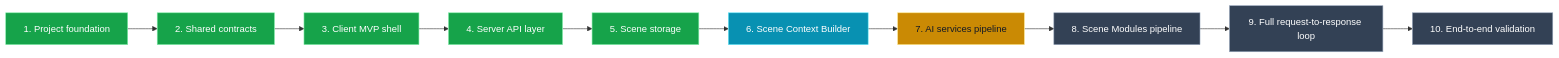
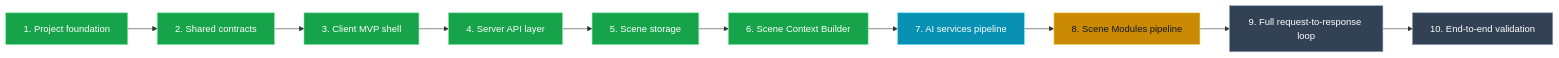
Before and after one commit to AgentDan/AIproject: the second of 2 diagrams in readme.md, drawn with Mermaid. The commit also changed other lines of this file and 9 other files, not shown here.

````diff
--- a/readme.md
+++ b/readme.md
@@ -442,28 +466,28 @@
 ```mermaid
 flowchart LR
   S1["1. Project foundation"] --> S2["2. Shared contracts"]
   S2 --> S3["3. Client MVP shell"]
   S3 --> S4["4. Server API layer"]
   S4 --> S5["5. Scene storage"]
   S5 --> S6["6. Scene Context Builder"]
   S6 --> S7["7. AI services pipeline"]
   S7 --> S8["8. Scene Modules pipeline"]
   S8 --> S9["9. Full request-to-response loop"]
   S9 --> S10["10. End-to-end validation"]
 
   S1:::done
   S2:::done
   S3:::done
   S4:::done
   S5:::done
-  S6:::current
-  S7:::next
-  S8:::pending
+  S6:::done
+  S7:::current
+  S8:::next
   S9:::pending
   S10:::pending
 
   classDef done fill:#16a34a,stroke:#86efac,color:#ffffff
   classDef current fill:#0891b2,stroke:#67e8f9,color:#ffffff
   classDef next fill:#ca8a04,stroke:#fde68a,color:#111827
   classDef pending fill:#334155,stroke:#94a3b8,color:#ffffff
 ```
````
